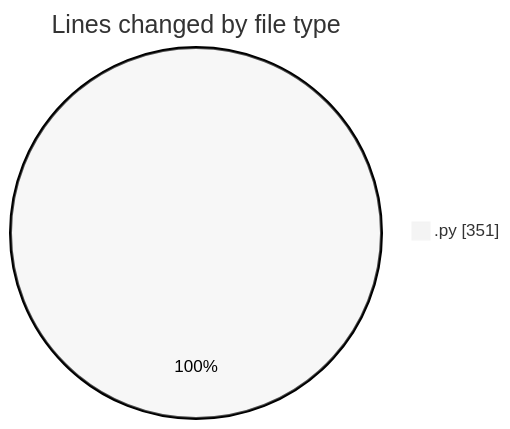
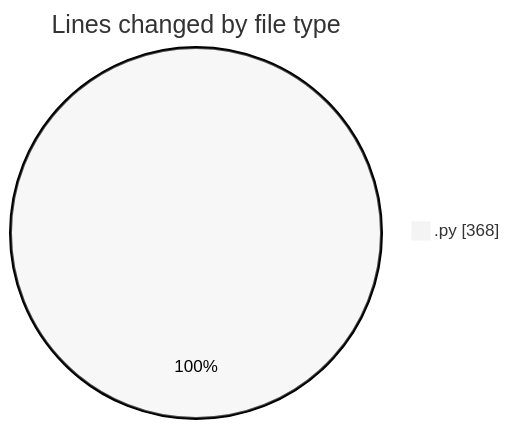
One commit to momahboobian/code-tracking changed the first of 2 diagrams in 2025-03-25/samplepdf/README.md. Above: the diagram before and after it, drawn with Mermaid (neutral theme). The commit also changed other lines of this file and 1 other file, not shown here.

````diff
--- a/2025-03-25/samplepdf/README.md
+++ b/2025-03-25/samplepdf/README.md
@@ -22,5 +22,5 @@
 ```mermaid
 pie showData
 title Lines changed by file type
-".py" : 351
+".py" : 368
 ```
````
